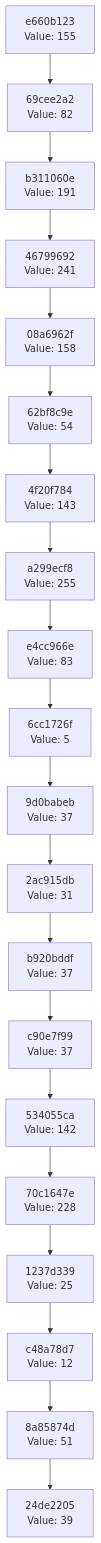
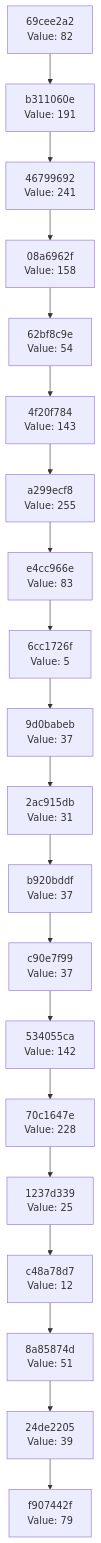
The diagram in docs/CHAIN_VISUALIZATION.md (Abhisheksinha1506/hash-chain-evolver), drawn with Mermaid before and after one commit. The commit also changed 2 other files, not shown here.

Commit message:
Evolution step: hash 0x4F → action executed

````diff
--- a/docs/CHAIN_VISUALIZATION.md
+++ b/docs/CHAIN_VISUALIZATION.md
@@ -3,42 +3,42 @@
 ```mermaid
 graph TD
-    C0["24de2205<br/>Value: 39"]
-    C1["8a85874d<br/>Value: 51"]
+    C0["f907442f<br/>Value: 79"]
+    C1["24de2205<br/>Value: 39"]
     C1 --> C0
-    C2["c48a78d7<br/>Value: 12"]
+    C2["8a85874d<br/>Value: 51"]
     C2 --> C1
-    C3["1237d339<br/>Value: 25"]
+    C3["c48a78d7<br/>Value: 12"]
     C3 --> C2
-    C4["70c1647e<br/>Value: 228"]
+    C4["1237d339<br/>Value: 25"]
     C4 --> C3
-    C5["534055ca<br/>Value: 142"]
+    C5["70c1647e<br/>Value: 228"]
     C5 --> C4
-    C6["c90e7f99<br/>Value: 37"]
+    C6["534055ca<br/>Value: 142"]
     C6 --> C5
-    C7["b920bddf<br/>Value: 37"]
+    C7["c90e7f99<br/>Value: 37"]
     C7 --> C6
-    C8["2ac915db<br/>Value: 31"]
+    C8["b920bddf<br/>Value: 37"]
     C8 --> C7
-    C9["9d0babeb<br/>Value: 37"]
+    C9["2ac915db<br/>Value: 31"]
     C9 --> C8
-    C10["6cc1726f<br/>Value: 5"]
+    C10["9d0babeb<br/>Value: 37"]
     C10 --> C9
-    C11["e4cc966e<br/>Value: 83"]
+    C11["6cc1726f<br/>Value: 5"]
     C11 --> C10
-    C12["a299ecf8<br/>Value: 255"]
+    C12["e4cc966e<br/>Value: 83"]
     C12 --> C11
-    C13["4f20f784<br/>Value: 143"]
+    C13["a299ecf8<br/>Value: 255"]
     C13 --> C12
-    C14["62bf8c9e<br/>Value: 54"]
+    C14["4f20f784<br/>Value: 143"]
     C14 --> C13
-    C15["08a6962f<br/>Value: 158"]
+    C15["62bf8c9e<br/>Value: 54"]
     C15 --> C14
-    C16["46799692<br/>Value: 241"]
+    C16["08a6962f<br/>Value: 158"]
     C16 --> C15
-    C17["b311060e<br/>Value: 191"]
+    C17["46799692<br/>Value: 241"]
     C17 --> C16
-    C18["69cee2a2<br/>Value: 82"]
+    C18["b311060e<br/>Value: 191"]
     C18 --> C17
-    C19["e660b123<br/>Value: 155"]
+    C19["69cee2a2<br/>Value: 82"]
     C19 --> C18
 ```
````
